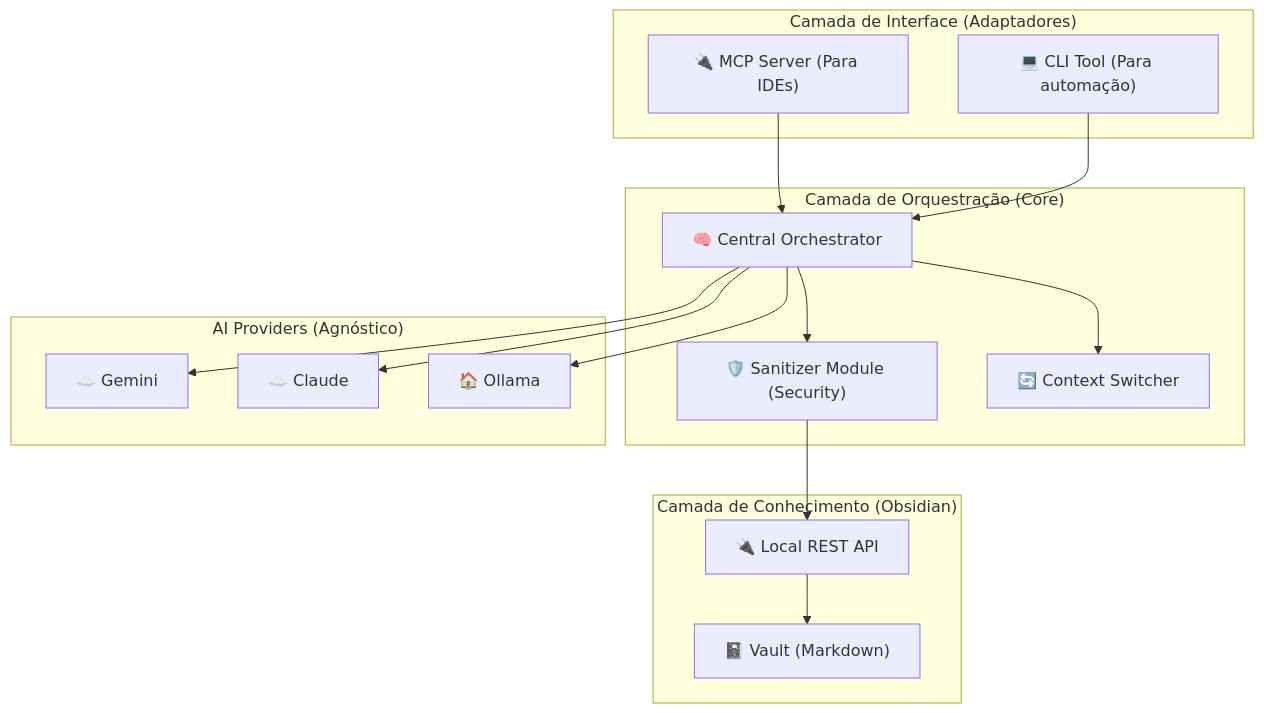
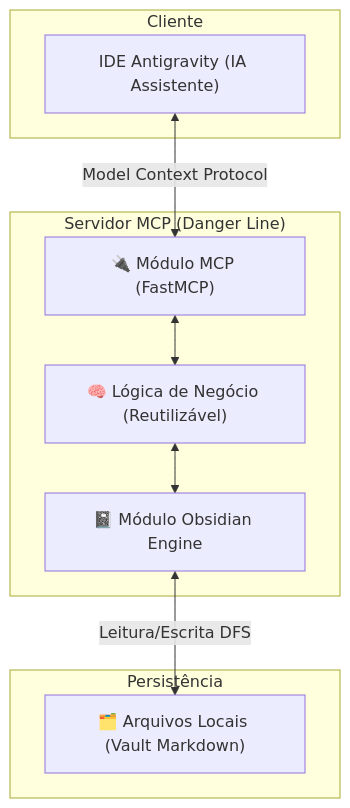
One commit to AdrianoEusebio/danger_line changed the diagram in documents/DOCUMENTO_PROJETO.MD. Above: the diagram before and after it, drawn with Mermaid. The commit also changed other lines of this file and 35 other files, not shown here.

Commit message:
feat: versão 4.0 danger line

````diff
--- a/documents/DOCUMENTO_PROJETO.MD
+++ b/documents/DOCUMENTO_PROJETO.MD
@@ -24,34 +26,21 @@
 ```mermaid
 graph TD
-    subgraph "Camada de Interface (Adaptadores)"
-        MCP["🔌 MCP Server (Para IDEs)"]
-        CLI["💻 CLI Tool (Para automação)"]
+    subgraph "Cliente"
+        IDE["IDE Antigravity (IA Assistente)"]
     end
 
-    subgraph "Camada de Orquestração (Core)"
-        ORCH["🧠 Central Orchestrator"]
-        SANI["🛡️ Sanitizer Module (Security)"]
-        CTX["🔄 Context Switcher"]
+    subgraph "Servidor MCP (Danger Line)"
+        MCP["🔌 Módulo MCP (FastMCP)"]
+        CORE["🧠 Lógica de Negócio (Reutilizável)"]
+        OBS["📓 Módulo Obsidian Engine"]
     end
 
-    subgraph "Camada de Conhecimento (Obsidian)"
-        VAULT["📓 Vault (Markdown)"]
-        LRA["🔌 Local REST API"]
+    subgraph "Persistência"
+        VAULT["🗂️ Arquivos Locais (Vault Markdown)"]
     end
 
-    subgraph "AI Providers (Agnóstico)"
-        GEN["☁️ Gemini"]
-        CLD["☁️ Claude"]
-        LOC["🏠 Ollama"]
-    end
-
-    MCP --> ORCH
-    CLI --> ORCH
-    ORCH --> SANI
-    ORCH --> CTX
-    SANI --> LRA
-    LRA --> VAULT
-    ORCH --> GEN
-    ORCH --> CLD
-    ORCH --> LOC
+    IDE <-->|Model Context Protocol| MCP
+    MCP <--> CORE
+    CORE <--> OBS
+    OBS <-->|Leitura/Escrita DFS| VAULT
 ```
````
